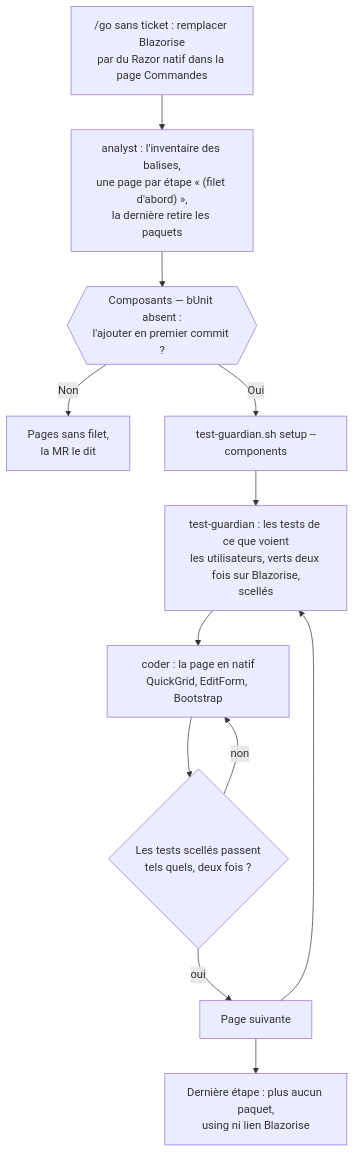
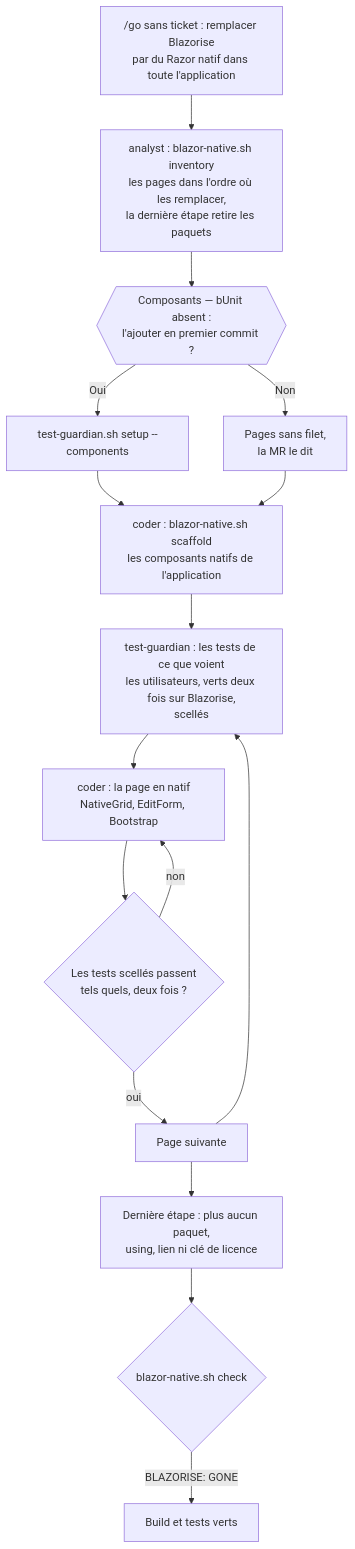
Before and after one commit to RabieDerouiche/OpenRDCode: the seventh of 7 diagrams in opencode-v2/README.md, drawn with Mermaid. The commit also changed other lines of this file and 45 other files, not shown here.

````diff
--- a/opencode-v2/README.md
+++ b/opencode-v2/README.md
@@ -234,14 +234,18 @@
 ```mermaid
 flowchart TD
-  G["/go sans ticket : remplacer Blazorise<br>par du Razor natif dans la page Commandes"] --> A["analyst : l'inventaire des balises,<br>une page par étape « (filet d'abord) »,<br>la dernière retire les paquets"]
+  G["/go sans ticket : remplacer Blazorise<br>par du Razor natif dans toute l'application"] --> A["analyst : blazor-native.sh inventory<br>les pages dans l'ordre où les remplacer,<br>la dernière étape retire les paquets"]
   A --> B{{"Composants — bUnit absent :<br>l'ajouter en premier commit ?"}}
   B -->|"Non"| N["Pages sans filet,<br>la MR le dit"]
   B -->|"Oui"| S["test-guardian.sh setup --components"]
-  S --> F["test-guardian : les tests de ce que voient<br>les utilisateurs, verts deux fois sur Blazorise,<br>scellés"]
-  F --> C["coder : la page en natif<br>QuickGrid, EditForm, Bootstrap"]
+  S --> SC["coder : blazor-native.sh scaffold<br>les composants natifs de l'application"]
+  N --> SC
+  SC --> F["test-guardian : les tests de ce que voient<br>les utilisateurs, verts deux fois sur Blazorise,<br>scellés"]
+  F --> C["coder : la page en natif<br>NativeGrid, EditForm, Bootstrap"]
   C --> V{"Les tests scellés passent<br>tels quels, deux fois ?"}
   V -->|"non"| C
   V -->|"oui"| P["Page suivante"]
   P --> F
-  P --> L["Dernière étape : plus aucun paquet,<br>using ni lien Blazorise"]
+  P --> L["Dernière étape : plus aucun paquet,<br>using, lien ni clé de licence"]
+  L --> K{"blazor-native.sh check"}
+  K -->|"BLAZORISE: GONE"| OK["Build et tests verts"]
 ```
````
